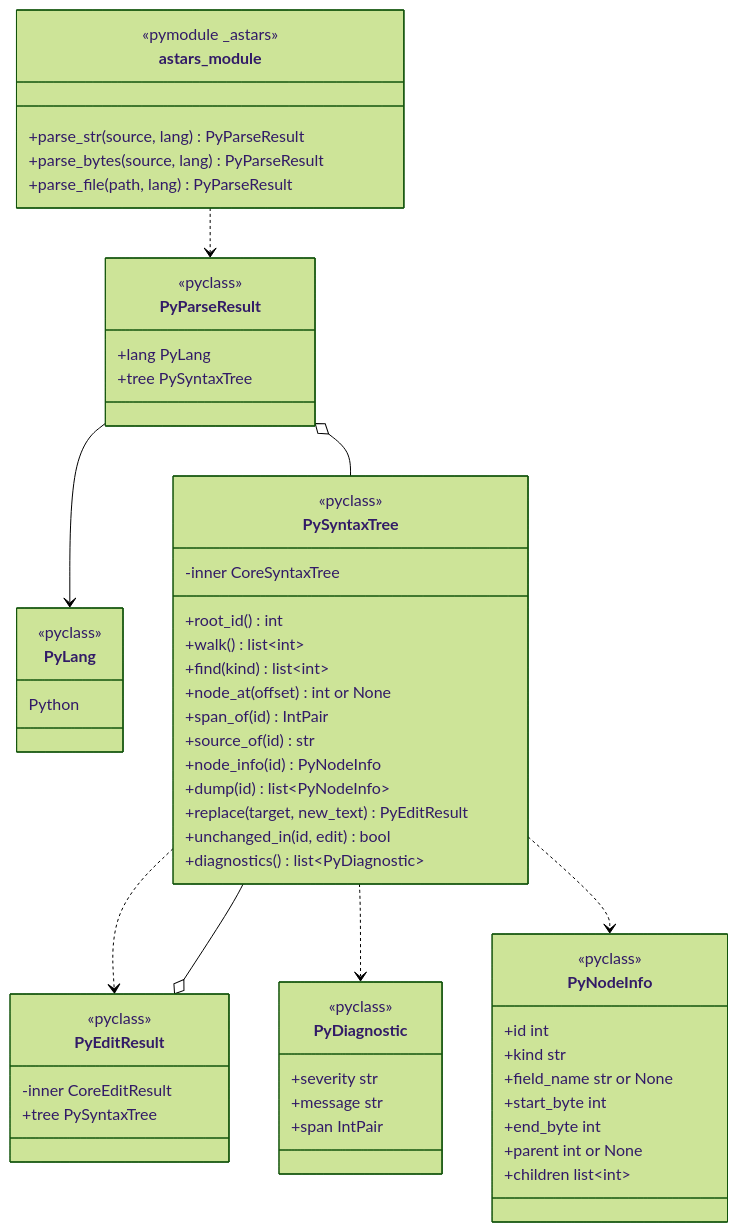
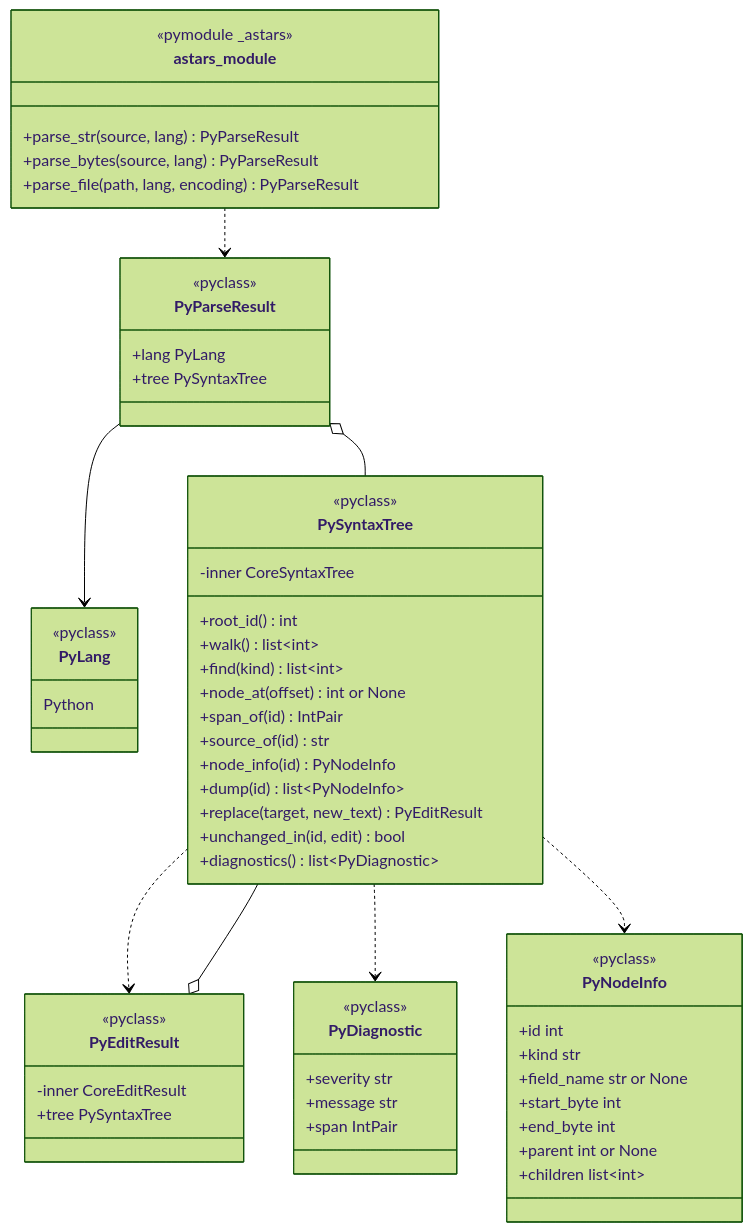
One commit to xwasoux/astars changed the second of 4 diagrams in docs/architecture/ARCHITECTURE.ja.md. Above: the diagram before and after it, drawn with Mermaid (forest theme). The commit also changed other lines of this file and 6 other files, not shown here.

````diff
--- a/docs/architecture/ARCHITECTURE.ja.md
+++ b/docs/architecture/ARCHITECTURE.ja.md
@@ -124,62 +125,62 @@
 ```mermaid
 classDiagram
     class PyLang {
         <<pyclass>>
         Python
     }
     class PyNodeInfo {
         <<pyclass>>
         +id int
         +kind str
         +field_name str or None
         +start_byte int
         +end_byte int
         +parent int or None
         +children list~int~
     }
     class PyDiagnostic {
         <<pyclass>>
         +severity str
         +message str
         +span IntPair
     }
     class PySyntaxTree {
         <<pyclass>>
         -inner CoreSyntaxTree
         +root_id() int
         +walk() list~int~
         +find(kind) list~int~
         +node_at(offset) int or None
         +span_of(id) IntPair
         +source_of(id) str
         +node_info(id) PyNodeInfo
         +dump(id) list~PyNodeInfo~
         +replace(target, new_text) PyEditResult
         +unchanged_in(id, edit) bool
         +diagnostics() list~PyDiagnostic~
     }
     class PyEditResult {
         <<pyclass>>
         -inner CoreEditResult
         +tree PySyntaxTree
     }
     class PyParseResult {
         <<pyclass>>
         +lang PyLang
         +tree PySyntaxTree
     }
     class astars_module {
         <<pymodule _astars>>
         +parse_str(source, lang) PyParseResult
         +parse_bytes(source, lang) PyParseResult
-        +parse_file(path, lang) PyParseResult
+        +parse_file(path, lang, encoding) PyParseResult
     }
 
     astars_module ..> PyParseResult
     PyParseResult o-- PySyntaxTree
     PyParseResult --> PyLang
     PySyntaxTree ..> PyEditResult
     PyEditResult o-- PySyntaxTree
     PySyntaxTree ..> PyDiagnostic
     PySyntaxTree ..> PyNodeInfo
 ```
````
